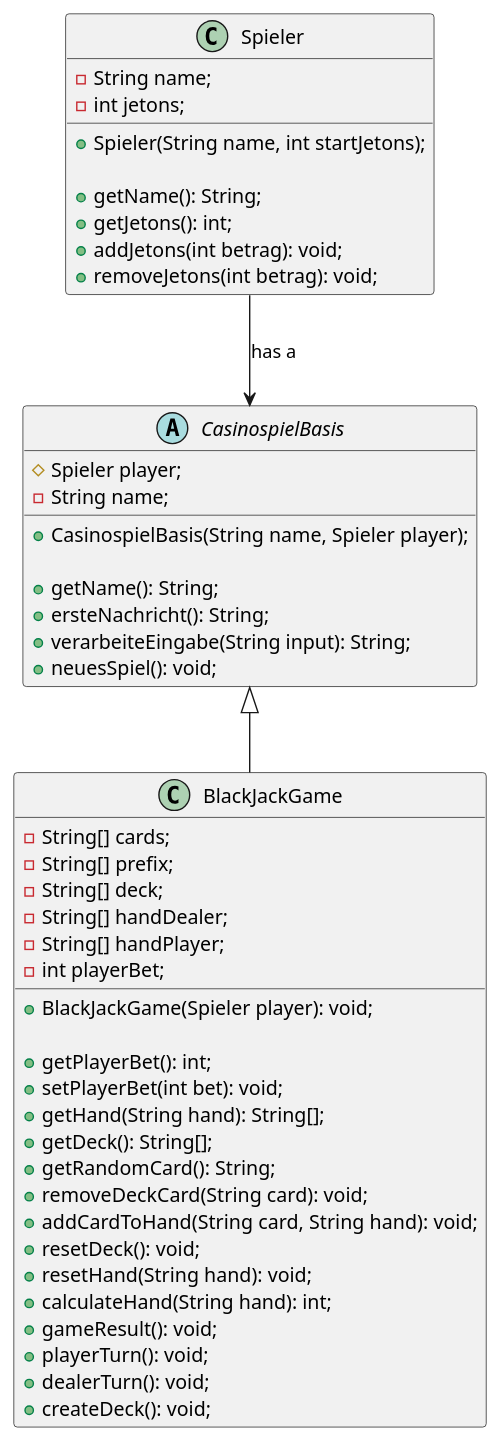
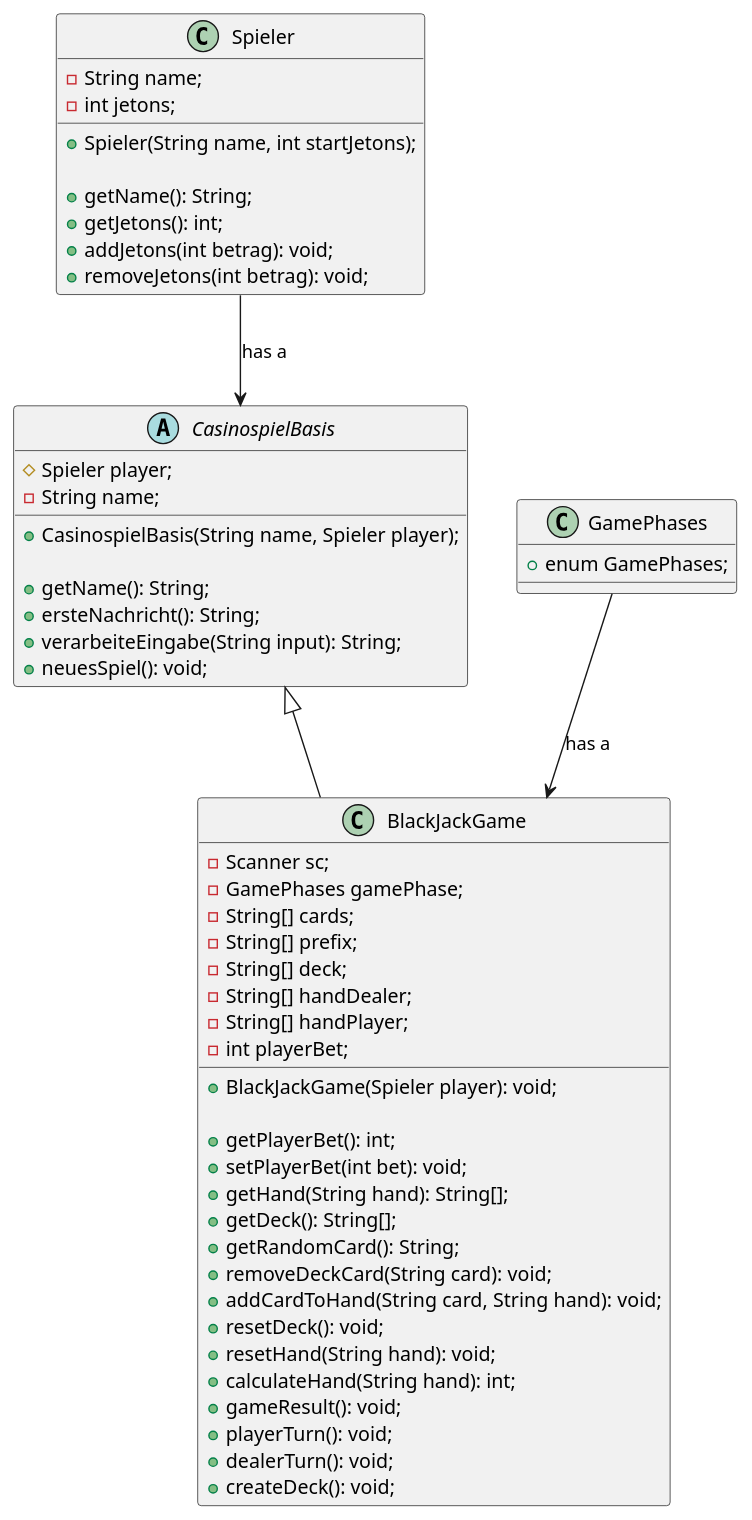
The diagram in UML-Diagramm/UML.wsd (Henrik-basecom/casino-black-jack), drawn with PlantUML before and after one commit. The commit also changed 1 other file, not shown here.

Commit message:
[henrik] change uml diagram

```diff
--- a/UML-Diagramm/UML.wsd
+++ b/UML-Diagramm/UML.wsd
@@ -1,54 +1,61 @@
 @startuml BlackJack
 class Spieler {
     - String name;
     - int jetons;
 
     + Spieler(String name, int startJetons);
 
     + getName(): String;
     + getJetons(): int;
     + addJetons(int betrag): void;
     + removeJetons(int betrag): void;
 }
 
 abstract class CasinospielBasis {
     # Spieler player;
     - String name;
 
     + CasinospielBasis(String name, Spieler player);
 
     + getName(): String;
     + ersteNachricht(): String;
     + verarbeiteEingabe(String input): String;
     + neuesSpiel(): void;
 }
 
 
 class BlackJackGame extends CasinospielBasis{
+    - Scanner sc;
+    - GamePhases gamePhase;
     - String[] cards;
     - String[] prefix;
     - String[] deck;
     - String[] handDealer;
     - String[] handPlayer; 
     - int playerBet;
 
     + BlackJackGame(Spieler player): void;
 
     + getPlayerBet(): int;
     + setPlayerBet(int bet): void;
     + getHand(String hand): String[];
     + getDeck(): String[];
     + getRandomCard(): String;
     + removeDeckCard(String card): void;
     + addCardToHand(String card, String hand): void;
     + resetDeck(): void;
     + resetHand(String hand): void;
     + calculateHand(String hand): int;
     + gameResult(): void;
     + playerTurn(): void;
     + dealerTurn(): void;
     + createDeck(): void;
 }
 
+class GamePhases {
+    + enum GamePhases;
+}
+
 Spieler --> CasinospielBasis : "has a"
+GamePhases --> BlackJackGame: "has a"
 @enduml
```
